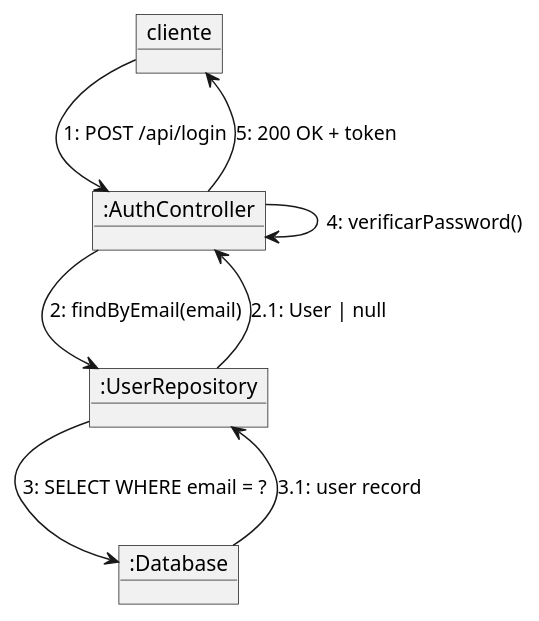
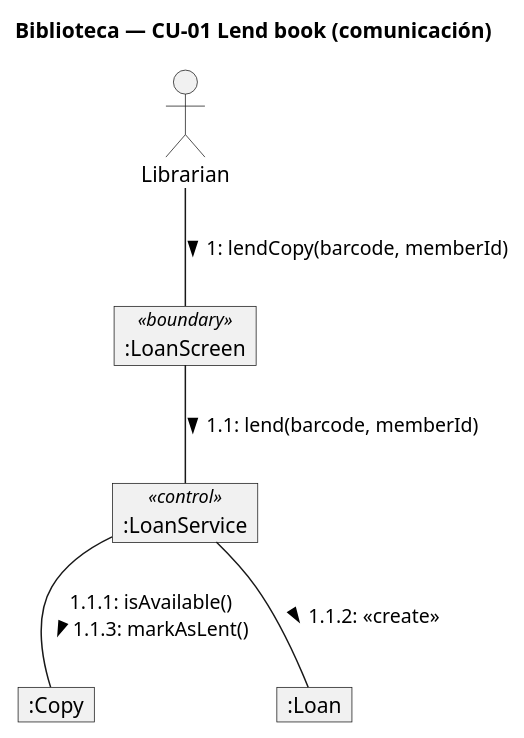
The diagram in bootcamp/week-06-secuencia_y_comunicacion/1-teoria/03-comunicacion.md (ergrato-dev/bc-uml), drawn with PlantUML before and after one commit. The commit also changed other lines of this file and 41 other files, not shown here.

````diff
--- a/bootcamp/week-06-secuencia_y_comunicacion/1-teoria/03-comunicacion.md
+++ b/bootcamp/week-06-secuencia_y_comunicacion/1-teoria/03-comunicacion.md
@@ -51,17 +11,20 @@
 ```plantuml
 @startuml
-' Diagrama de comunicación del flujo de login
-object "cliente" as cli
-object ":AuthController" as auth
-object ":UserRepository" as repo
-object ":Database" as db
+title Biblioteca — CU-01 Lend book (comunicación)
 
-cli --> auth : 1: POST /api/login
-auth --> repo : 2: findByEmail(email)
-repo --> db : 3: SELECT WHERE email = ?
-db --> repo : 3.1: user record
-repo --> auth : 2.1: User | null
-auth --> auth : 4: verificarPassword()
-auth --> cli : 5: 200 OK + token
+allowmixing
+hide circle
+hide empty members
+
+actor Librarian
+object ":LoanScreen" as ui <<boundary>>
+object ":LoanService" as svc <<control>>
+object ":Copy" as copy
+object ":Loan" as loan
+
+Librarian -- ui : "1: lendCopy(barcode, memberId) >"
+ui -- svc : "1.1: lend(barcode, memberId) >"
+svc -- copy : "1.1.1: isAvailable()\n1.1.3: markAsLent() >"
+svc -- loan : "1.1.2: <<create>> >"
 @enduml
 ```
````
